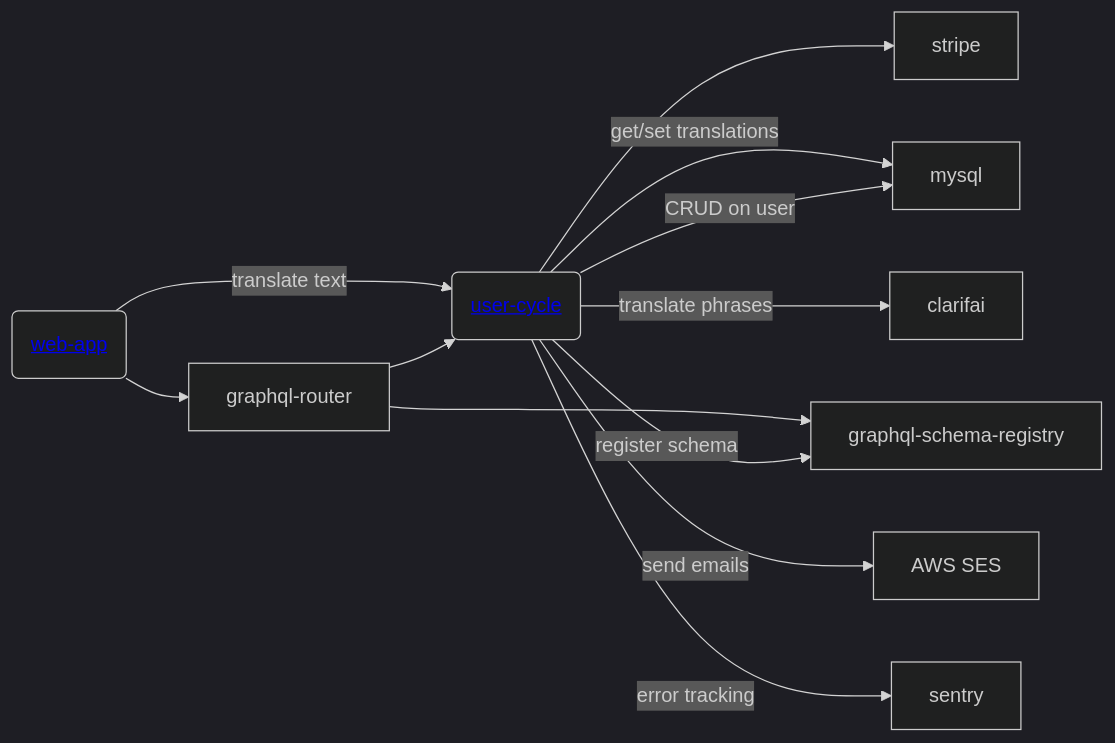
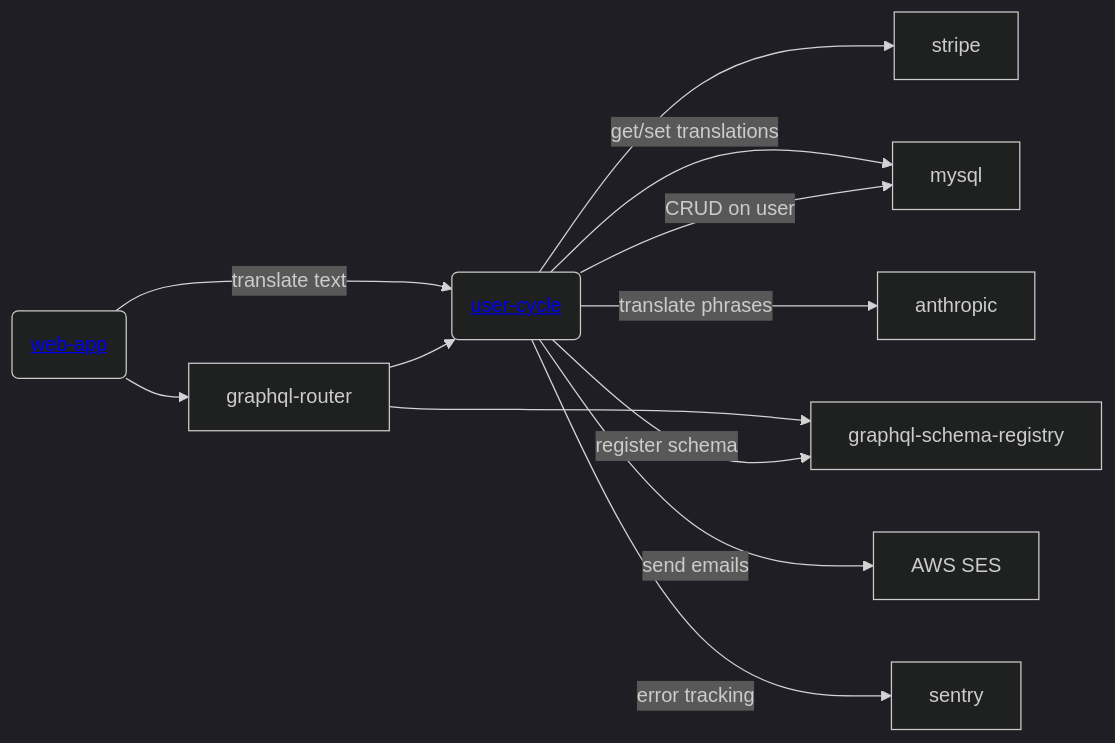
One commit to Gratheon/user-cycle changed the diagram in README.md. Above: the diagram before and after it, drawn with Mermaid (dark theme). The commit also changed other lines of this file and 10 other files, not shown here.

First line of the commit message:
Translate with Anthropic Claude Haiku instead of Gemini

````diff
--- a/README.md
+++ b/README.md
@@ -216,15 +216,15 @@
 ```mermaid
 flowchart LR
     web-app("<a href='https://github.com/Gratheon/web-app'>web-app</a>") --> graphql-router
 
     graphql-router --> user-cycle("<a href='https://github.com/Gratheon/user-cycle'>user-cycle</a>") --"CRUD on user"--> mysql
     user-cycle --> stripe
     user-cycle --"register schema"--> graphql-schema-registry
     graphql-router --> graphql-schema-registry
 
-    web-app--"translate text" --> user-cycle --"translate phrases"--> clarifai
+    web-app--"translate text" --> user-cycle --"translate phrases"--> anthropic
     user-cycle--"get/set translations"--> mysql
 
     user-cycle--"send emails"--> aws-ses["AWS SES"]
     user-cycle--"error tracking"--> sentry
 ```
````
